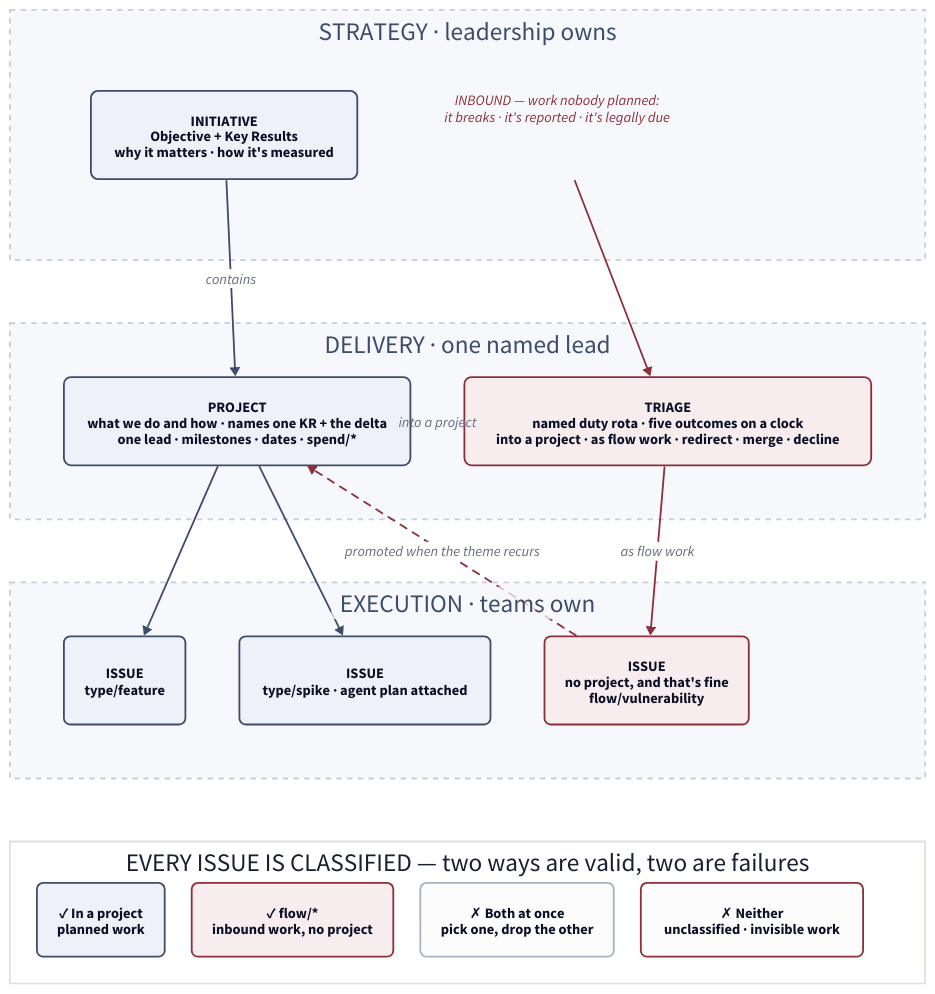
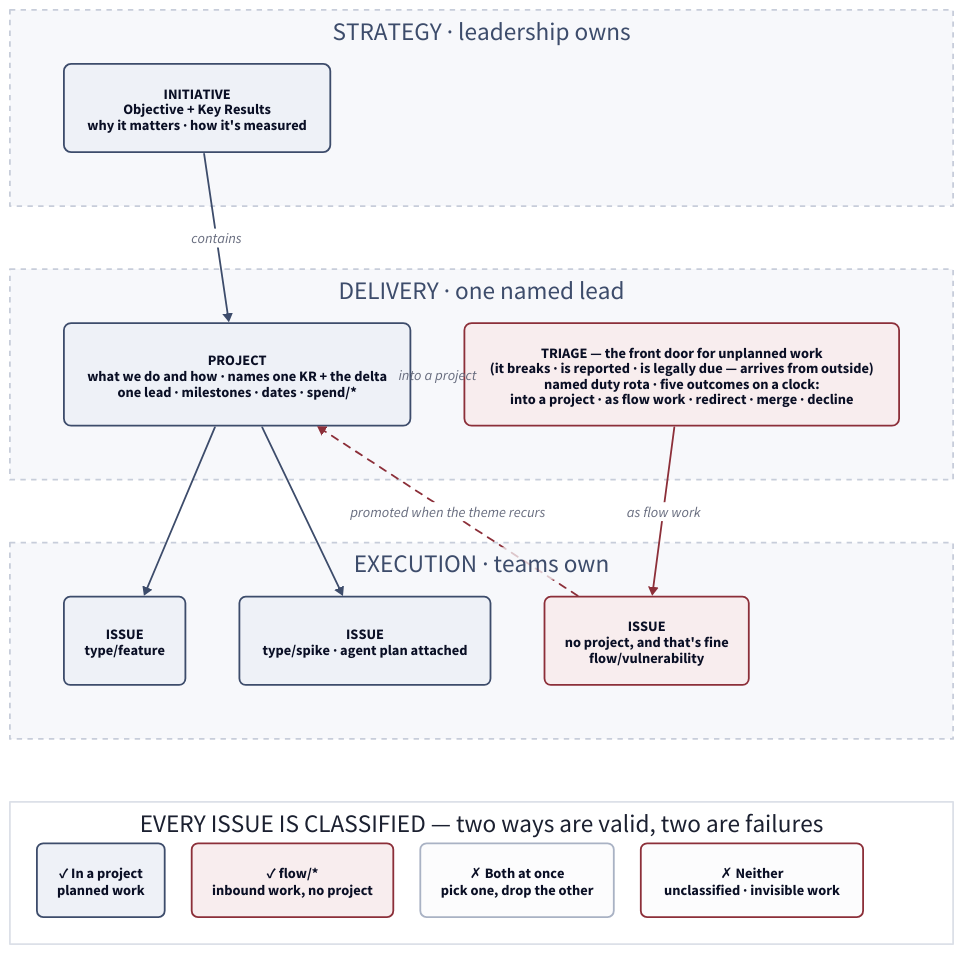
The diagram in docs/diagrams/model.d2 (hungovercoders/linear-work-management), drawn with D2 before and after one commit.

Commit message:
fix(GRI-69): don't imply inbound work comes from Strategy
Inbound/unplanned work arrives from outside the planned cascade, not from
leadership. Remove the INBOUND node from the Strategy band and make Triage
self-describe as the front door for unplanned work ("arrives from outside").
Strategy band now holds only the Initiative.

````diff
--- a/docs/diagrams/model.d2
+++ b/docs/diagrams/model.d2
@@ -1,80 +1,74 @@
 # Canonical operating-model diagram. Edit this, not the rendered SVG.
 # Rendered inline on the cheat sheet via Kroki (```kroki-d2```).
 # Bands stack TOP-TO-BOTTOM as swimlanes; the drive is INITIATIVE -> PROJECT -> ISSUE
 # down the left, with the inbound/flow lane down the right through TRIAGE.
 
 grid-columns: 1
 grid-gap: 70
 direction: down
 
 # ---------- STRATEGY band ----------
 strategy: "STRATEGY  ·  leadership owns" {
   grid-rows: 1
-  grid-gap: 90
   style: {fill: "#F7F8FB"; stroke: "#C7CDDA"; stroke-dash: 3; font-color: "#3D4C6B"}
   initiative: "INITIATIVE\nObjective + Key Results\nwhy it matters · how it's measured" {
     style: {fill: "#EEF1F7"; stroke: "#3D4C6B"; border-radius: 8; bold: true}
-  }
-  inbound: "INBOUND — work nobody planned:\nit breaks · it's reported · it's legally due" {
-    shape: text
-    style: {font-color: "#8C2F39"; italic: true}
   }
 }
 
 # ---------- DELIVERY band ----------
 delivery: "DELIVERY  ·  one named lead" {
   grid-rows: 1
   grid-gap: 60
   style: {fill: "#F7F8FB"; stroke: "#C7CDDA"; stroke-dash: 3; font-color: "#3D4C6B"}
   project: "PROJECT\nwhat we do and how · names one KR + the delta\none lead · milestones · dates · spend/*" {
     style: {fill: "#EEF1F7"; stroke: "#3D4C6B"; border-radius: 8; bold: true}
   }
-  triage: "TRIAGE\nnamed duty rota · five outcomes on a clock\ninto a project · as flow work · redirect · merge · decline" {
+  triage: "TRIAGE — the front door for unplanned work\n(it breaks · is reported · is legally due — arrives from outside)\nnamed duty rota · five outcomes on a clock:\ninto a project · as flow work · redirect · merge · decline" {
     style: {fill: "#F8EDEE"; stroke: "#8C2F39"; border-radius: 8; bold: true}
   }
 }
 
 # ---------- EXECUTION band ----------
 execution: "EXECUTION  ·  teams own" {
   grid-rows: 1
   grid-gap: 60
   style: {fill: "#F7F8FB"; stroke: "#C7CDDA"; stroke-dash: 3; font-color: "#3D4C6B"}
   issue1: "ISSUE\ntype/feature" {
     style: {fill: "#EEF1F7"; stroke: "#3D4C6B"; border-radius: 7}
   }
   issue2: "ISSUE\ntype/spike · agent plan attached" {
     style: {fill: "#EEF1F7"; stroke: "#3D4C6B"; border-radius: 7}
   }
   flowissue: "ISSUE\nno project, and that's fine\nflow/vulnerability" {
     style: {fill: "#F8EDEE"; stroke: "#8C2F39"; border-radius: 7}
   }
 }
 
 # ---------- classification rule strip ----------
 rule: "EVERY ISSUE IS CLASSIFIED — two ways are valid, two are failures" {
   grid-rows: 1
   grid-gap: 30
   style: {fill: "#FFFFFF"; stroke: "#DCE0E8"; font-color: "#1B2030"}
   ok_project: "✓ In a project\nplanned work" {
     style: {fill: "#EEF1F7"; stroke: "#3D4C6B"; border-radius: 7}
   }
   ok_flow: "✓ flow/*\ninbound work, no project" {
     style: {fill: "#F8EDEE"; stroke: "#8C2F39"; border-radius: 7}
   }
   bad_both: "✗ Both at once\npick one, drop the other" {
     style: {fill: "#FCFCFD"; stroke: "#A9B2C4"; border-radius: 7}
   }
   bad_neither: "✗ Neither\nunclassified · invisible work" {
     style: {fill: "#FCFCFD"; stroke: "#8C2F39"; stroke-width: 2; border-radius: 7}
   }
 }
 
 # ---------- the top-to-bottom drive + the flow lane ----------
 strategy.initiative -> delivery.project: contains {style.stroke: "#3D4C6B"}
 delivery.project -> execution.issue1: {style.stroke: "#3D4C6B"}
 delivery.project -> execution.issue2: {style.stroke: "#3D4C6B"}
 
-strategy.inbound -> delivery.triage: {style.stroke: "#8C2F39"}
 delivery.triage -> delivery.project: into a project {style.stroke: "#8C2F39"}
 delivery.triage -> execution.flowissue: as flow work {style.stroke: "#8C2F39"}
 execution.flowissue -> delivery.project: promoted when the theme recurs {style: {stroke: "#8C2F39"; stroke-dash: 4}}
````
